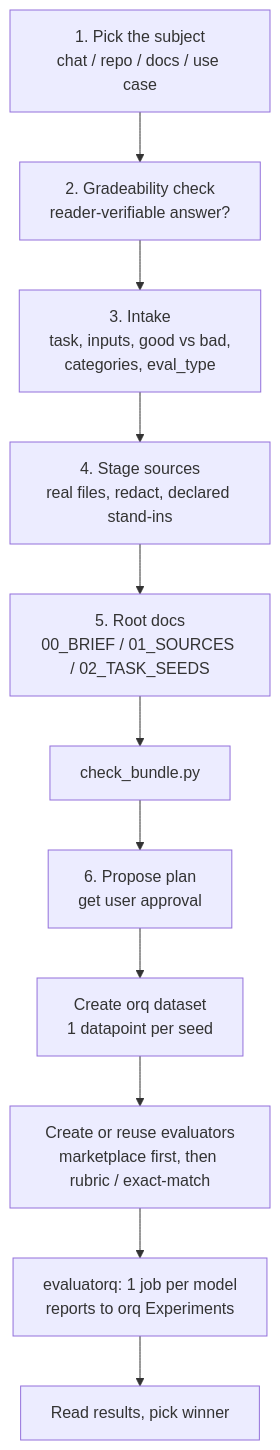
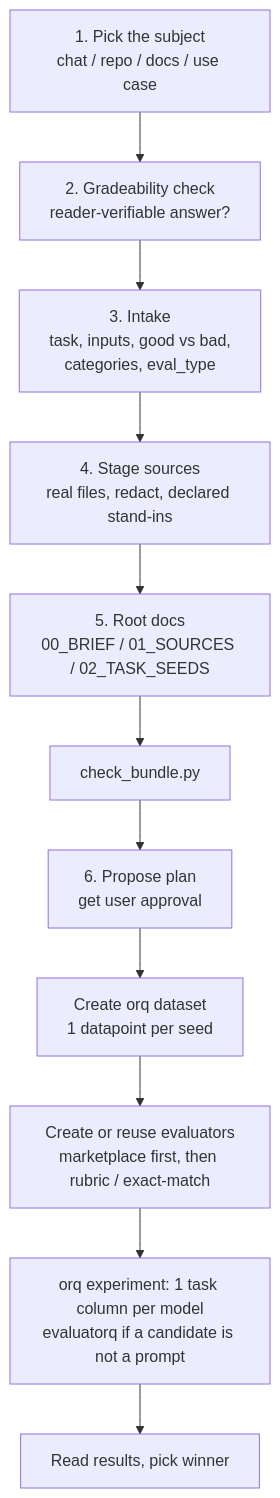
Before and after one commit to orq-ai/assistant-plugins: the diagram in skills/orq-build-benchmark/SKILL.md, drawn with Mermaid. The commit also changed other lines of this file and 16 other files, not shown here.

First line of the commit message:
refactor(skills): move Experiments API to orq request, shared reference and orq-build-benchmark (RES-1933)

````diff
--- a/skills/orq-build-benchmark/SKILL.md
+++ b/skills/orq-build-benchmark/SKILL.md
@@ -55,13 +55,13 @@
 ```mermaid
 flowchart TD
     A[1. Pick the subject<br/>chat / repo / docs / use case] --> B[2. Gradeability check<br/>reader-verifiable answer?]
     B --> C[3. Intake<br/>task, inputs, good vs bad,<br/>categories, eval_type]
     C --> D[4. Stage sources<br/>real files, redact, declared stand-ins]
     D --> E[5. Root docs<br/>00_BRIEF / 01_SOURCES / 02_TASK_SEEDS]
     E --> F[check_bundle.py]
     F --> G[6. Propose plan<br/>get user approval]
     G --> H[Create orq dataset<br/>1 datapoint per seed]
     H --> I[Create or reuse evaluators<br/>marketplace first, then rubric / exact-match]
-    I --> K[evaluatorq: 1 job per model<br/>reports to orq Experiments]
+    I --> K[orq experiment: 1 task column per model<br/>evaluatorq if a candidate is not a prompt]
     K --> M[Read results, pick winner]
 ```
````
